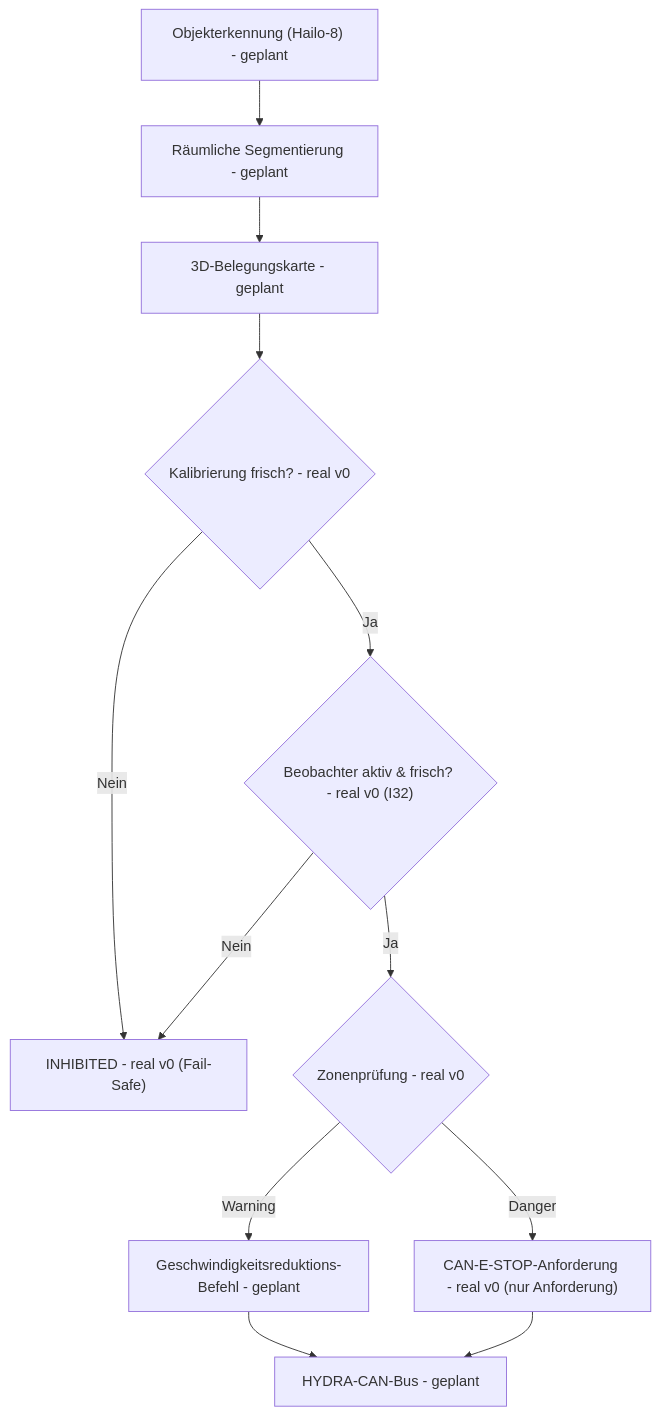
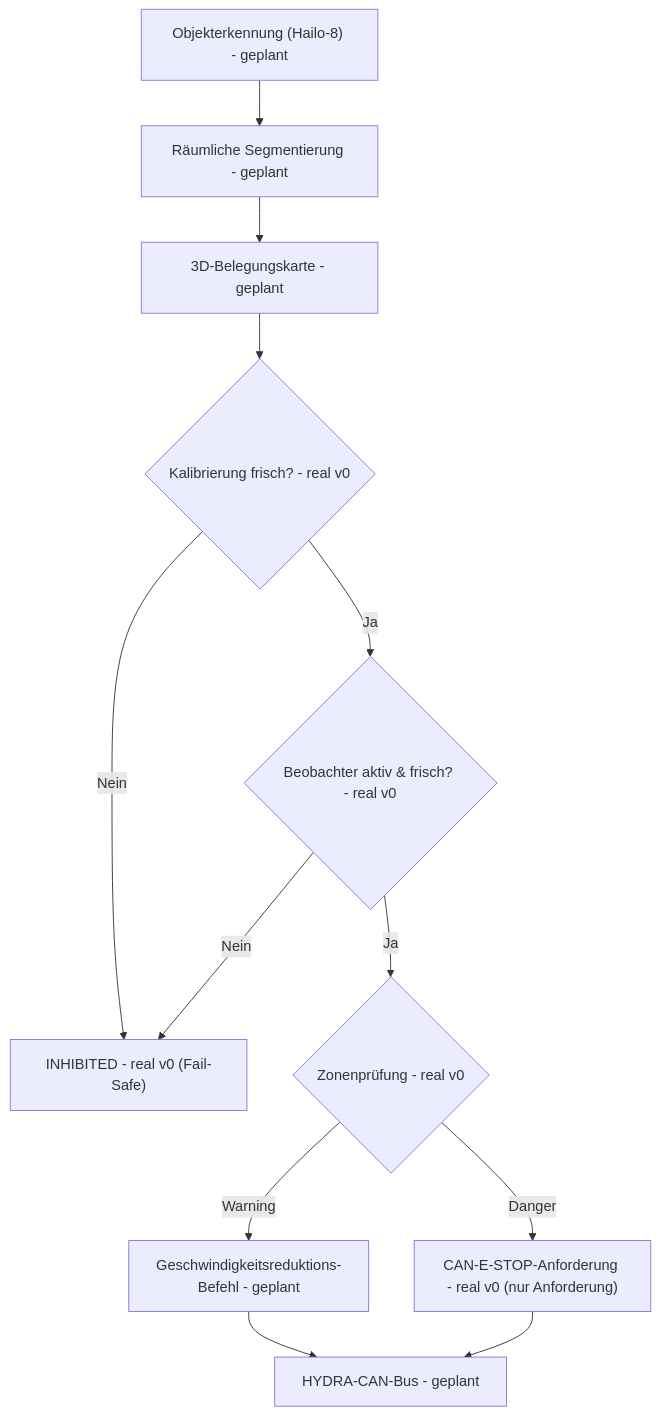
Before and after one commit to JuanenRac/HYDRA-UMC-SAFETY-ZONES: the diagram in README_deu.md, drawn with Mermaid. The commit also changed other lines of this file and 8 other files, not shown here.

````diff
--- a/README_deu.md
+++ b/README_deu.md
@@ -49,14 +49,14 @@
 ```mermaid
 flowchart TB
     DET["Objekterkennung (Hailo-8) - geplant"] --> SEG["Räumliche Segmentierung - geplant"]
     SEG --> MAP["3D-Belegungskarte - geplant"]
     MAP --> CAL{"Kalibrierung frisch? - real v0"}
     CAL -- Nein --> INHIBIT["INHIBITED - real v0 (Fail-Safe)"]
-    CAL -- Ja --> OBS{"Beobachter aktiv & frisch? - real v0 (I32)"}
+    CAL -- Ja --> OBS{"Beobachter aktiv & frisch? - real v0"}
     OBS -- Nein --> INHIBIT
     OBS -- Ja --> ZONE{"Zonenprüfung - real v0"}
     ZONE -- Warning --> SLOW["Geschwindigkeitsreduktions-Befehl - geplant"]
     ZONE -- Danger --> STOP["CAN-E-STOP-Anforderung - real v0 (nur Anforderung)"]
     SLOW --> CAN["HYDRA-CAN-Bus - geplant"]
     STOP --> CAN
 ```
````
